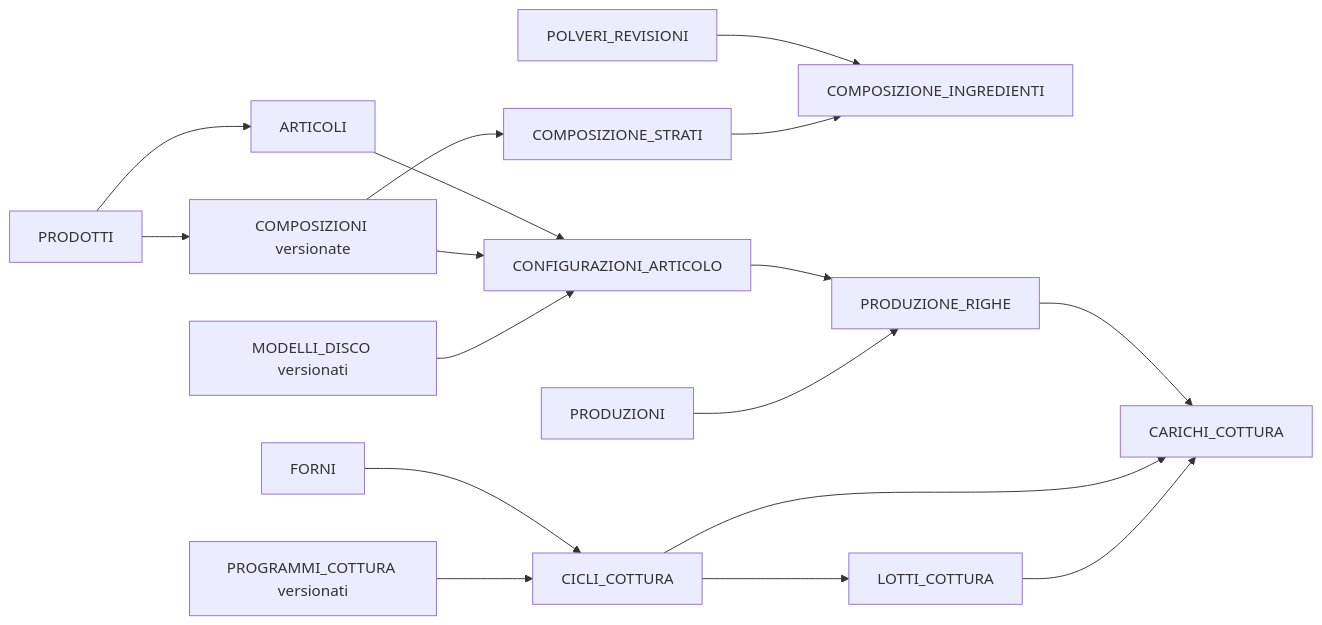
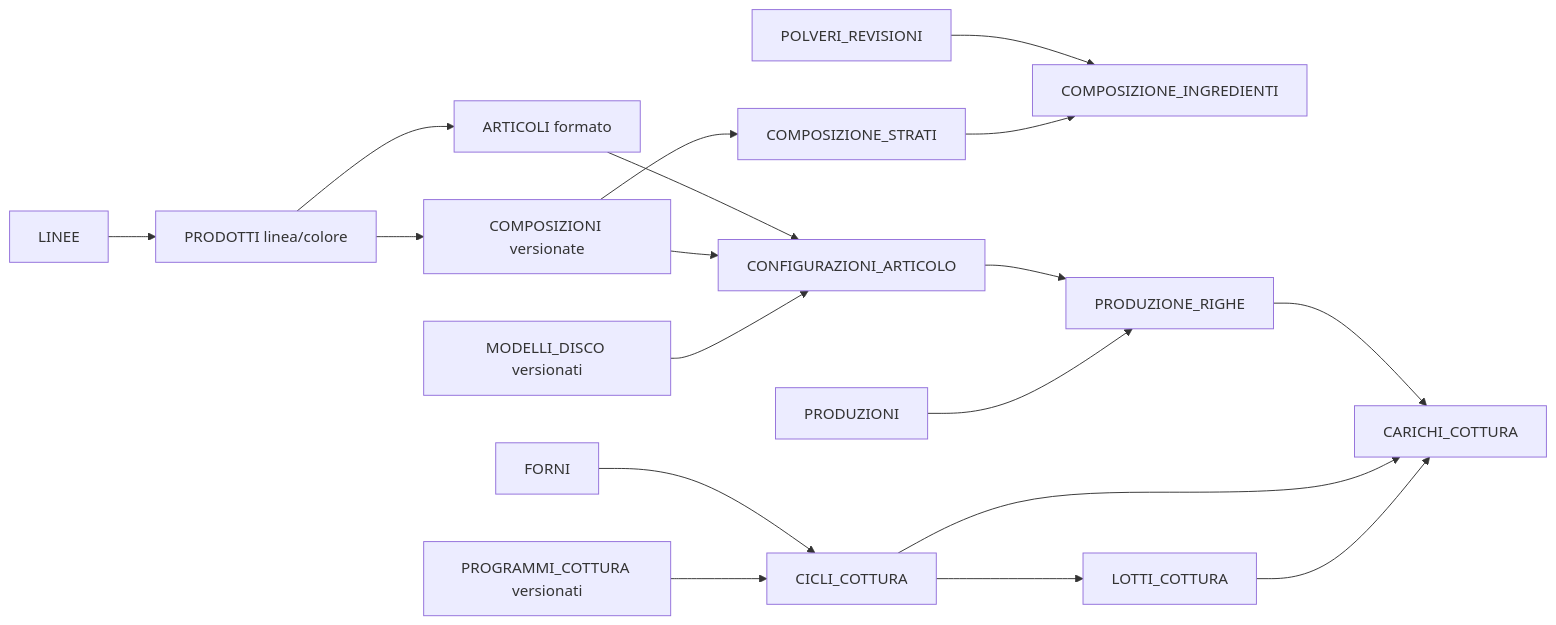
Before and after one commit to UniSgamb98/Orodent-EcoS: the diagram in docs/ton-schema-proposta.md, drawn with Mermaid. The commit also changed other lines of this file and 45 other files, not shown here.

````diff
--- a/docs/ton-schema-proposta.md
+++ b/docs/ton-schema-proposta.md
@@ -45,19 +46,20 @@
 ```mermaid
 flowchart LR
-    P[PRODOTTI] --> A[ARTICOLI]
+    LN[LINEE] --> P[PRODOTTI linea/colore]
+    P --> A[ARTICOLI formato]
     P --> C[COMPOSIZIONI versionate]
     PR[POLVERI_REVISIONI] --> I[COMPOSIZIONE_INGREDIENTI]
     C --> S[COMPOSIZIONE_STRATI]
     S --> I
     A --> CF[CONFIGURAZIONI_ARTICOLO]
     C --> CF
     M[MODELLI_DISCO versionati] --> CF
     CF --> R[PRODUZIONE_RIGHE]
     O[PRODUZIONI] --> R
     R --> CA[CARICHI_COTTURA]
     F[FORNI] --> CC[CICLI_COTTURA]
     PC[PROGRAMMI_COTTURA versionati] --> CC
     CC --> CA
     CC --> L[LOTTI_COTTURA]
     L --> CA
 ```
````
